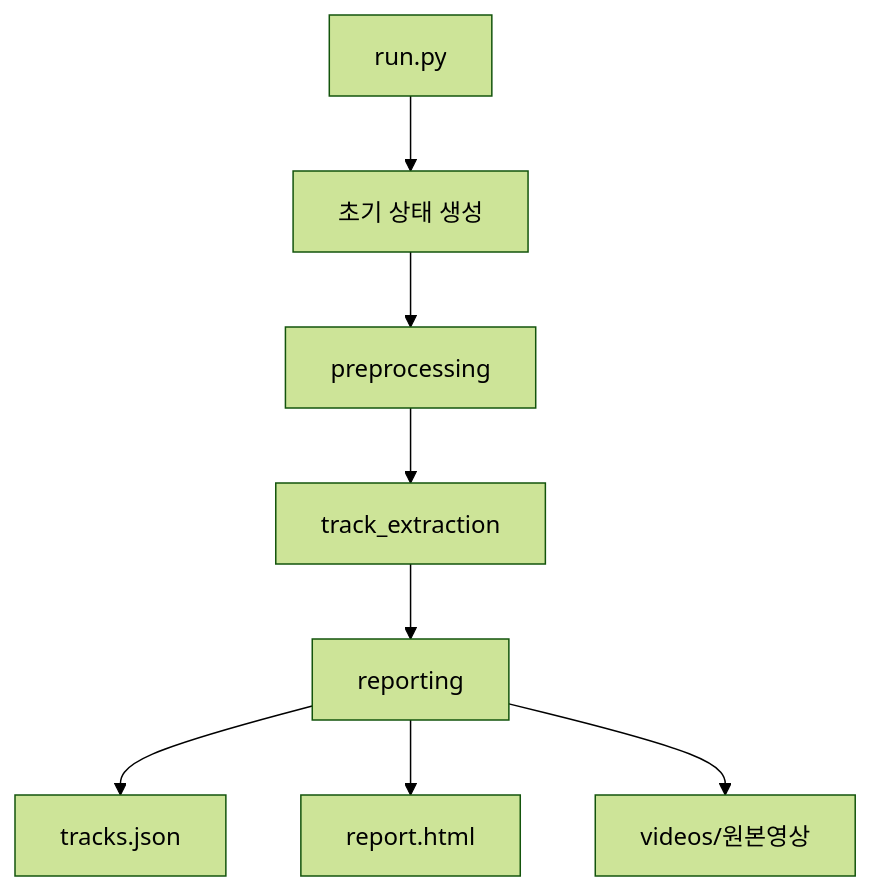
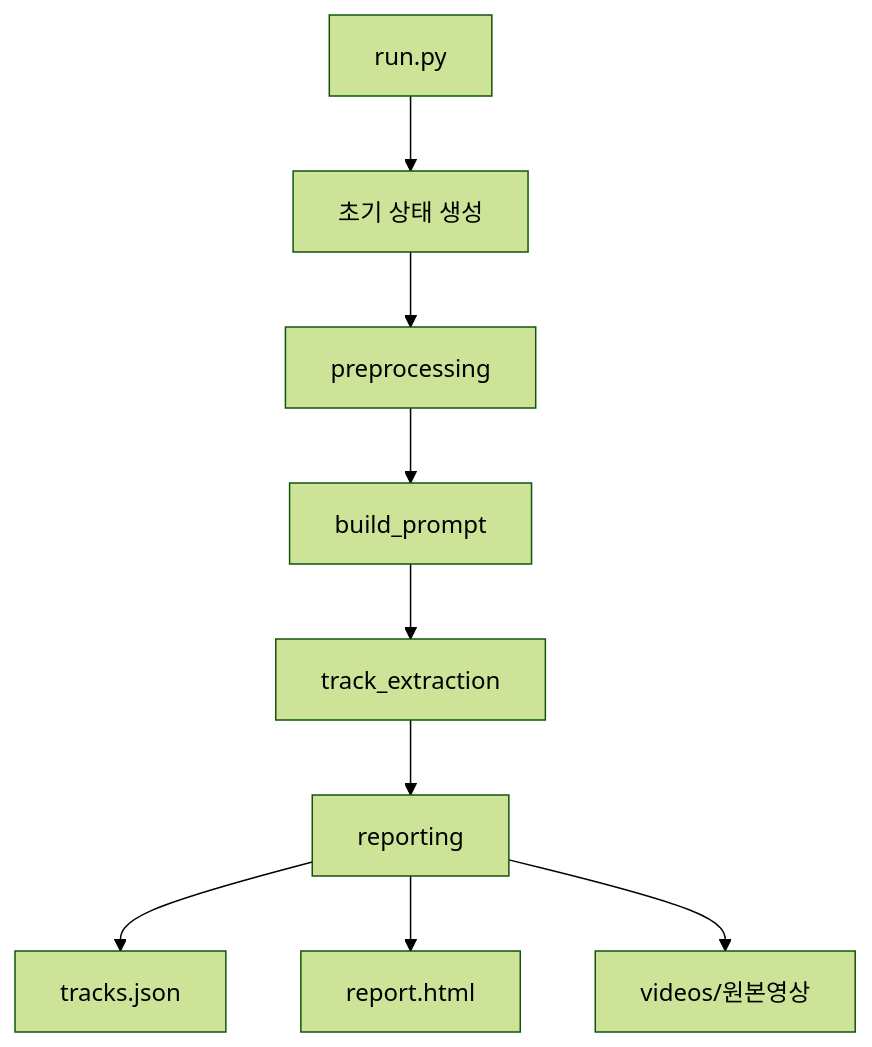
The diagram in README.md (gwpark0741/v2t-pipeline), drawn with Mermaid (forest theme) before and after one commit. The commit also changed other lines of this file, not shown here.

````diff
--- a/README.md
+++ b/README.md
@@ -20,10 +20,11 @@
 ```mermaid
 flowchart TD
     A[run.py] --> B[초기 상태 생성]
     B --> C[preprocessing]
-    C --> D[track_extraction]
-    D --> E[reporting]
-    E --> F[tracks.json]
-    E --> G[report.html]
-    E --> H[videos/원본영상]
+    C --> D[build_prompt]
+    D --> E[track_extraction]
+    E --> F[reporting]
+    F --> G[tracks.json]
+    F --> H[report.html]
+    F --> I[videos/원본영상]
 ```
````
